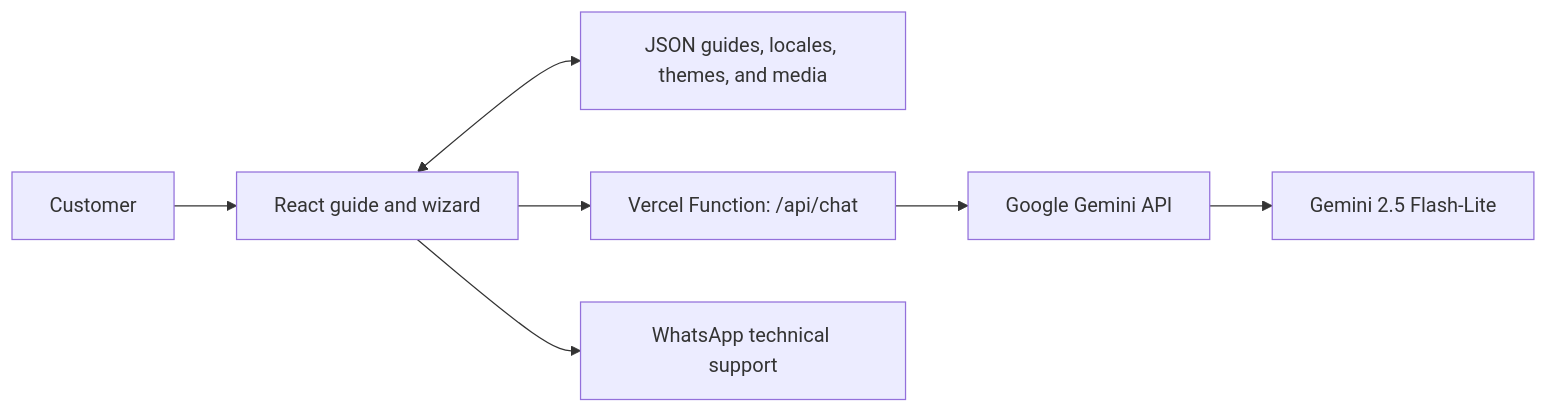
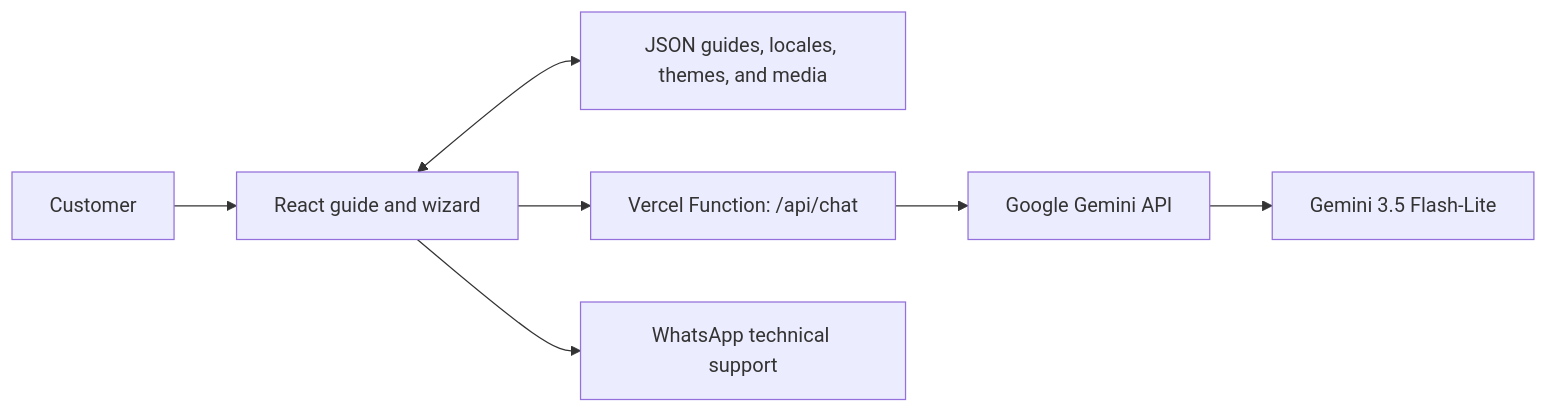
Before and after one commit to PettaDev/CustomersGuide: the diagram in README.md, drawn with Mermaid. The commit also changed other lines of this file and 2 other files, not shown here.

Commit message:
use current Gemini free-tier model

````diff
--- a/README.md
+++ b/README.md
@@ -50,9 +50,9 @@
 ```mermaid
 flowchart LR
     U["Customer"] --> W["React guide and wizard"]
     W <--> C["JSON guides, locales, themes, and media"]
     W --> A["Vercel Function: /api/chat"]
     A --> G["Google Gemini API"]
-    G --> M["Gemini 2.5 Flash-Lite"]
+    G --> M["Gemini 3.5 Flash-Lite"]
     W --> S["WhatsApp technical support"]
 ```
````
